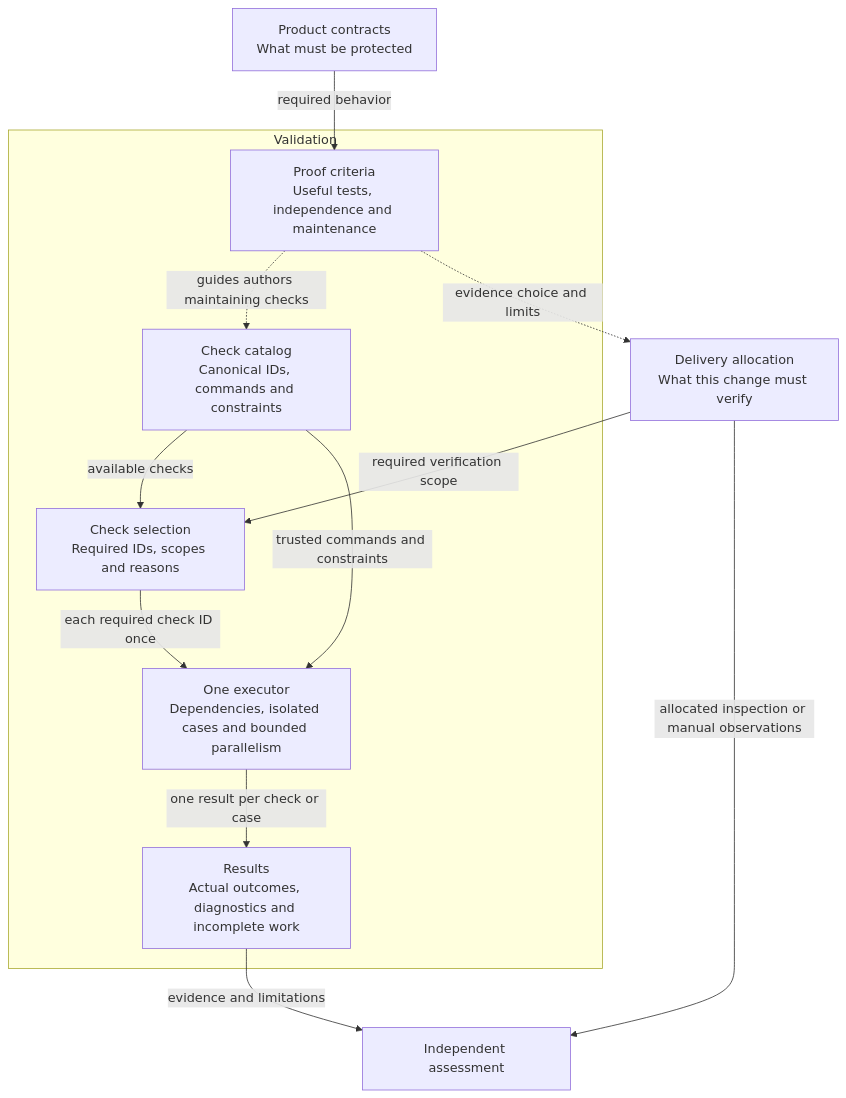
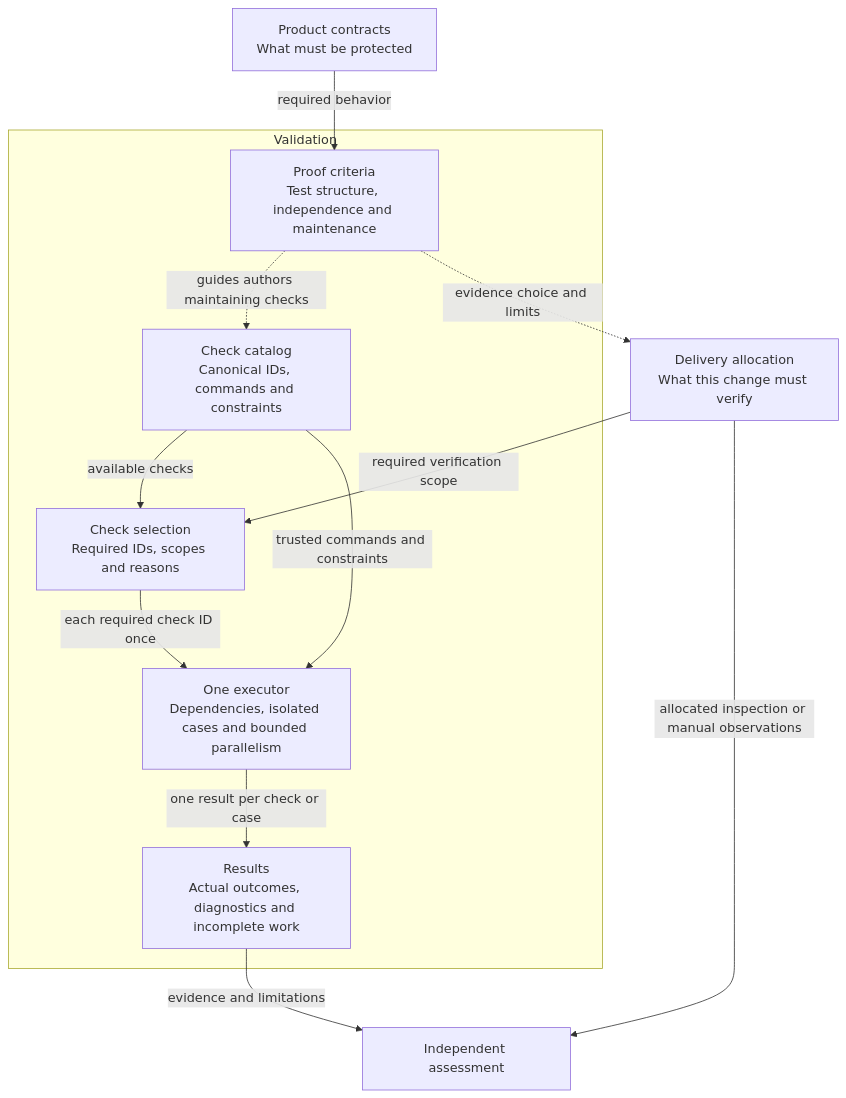
The fourth of 6 diagrams in docs/design/engineering/validation.md (xiongxianfei/rigorloop), drawn with Mermaid before and after one commit. The commit also changed other lines of this file and 3 other files, not shown here.

````diff
--- a/docs/design/engineering/validation.md
+++ b/docs/design/engineering/validation.md
@@ -150,25 +155,25 @@
 ```mermaid
 flowchart TB
     Contracts["Product contracts<br/>What must be protected"]
     Delivery["Delivery allocation<br/>What this change must verify"]
 
     subgraph Validation["Validation"]
-        Criteria["Proof criteria<br/>Useful tests, independence and maintenance"]
+        Criteria["Proof criteria<br/>Test structure, independence and maintenance"]
         Catalog["Check catalog<br/>Canonical IDs, commands and constraints"]
         Selection["Check selection<br/>Required IDs, scopes and reasons"]
         Executor["One executor<br/>Dependencies, isolated cases and bounded parallelism"]
         Results["Results<br/>Actual outcomes, diagnostics and incomplete work"]
 
         Criteria -.->|"guides authors maintaining checks"| Catalog
         Catalog -->|"available checks"| Selection
         Catalog -->|"trusted commands and constraints"| Executor
         Selection -->|"each required check ID once"| Executor
         Executor -->|"one result per check or case"| Results
     end
 
     Contracts -->|"required behavior"| Criteria
     Delivery -->|"required verification scope"| Selection
     Criteria -.->|"evidence choice and limits"| Delivery
     Delivery -->|"allocated inspection or manual observations"| Assessment
     Results -->|"evidence and limitations"| Assessment["Independent assessment"]
 ```
````
